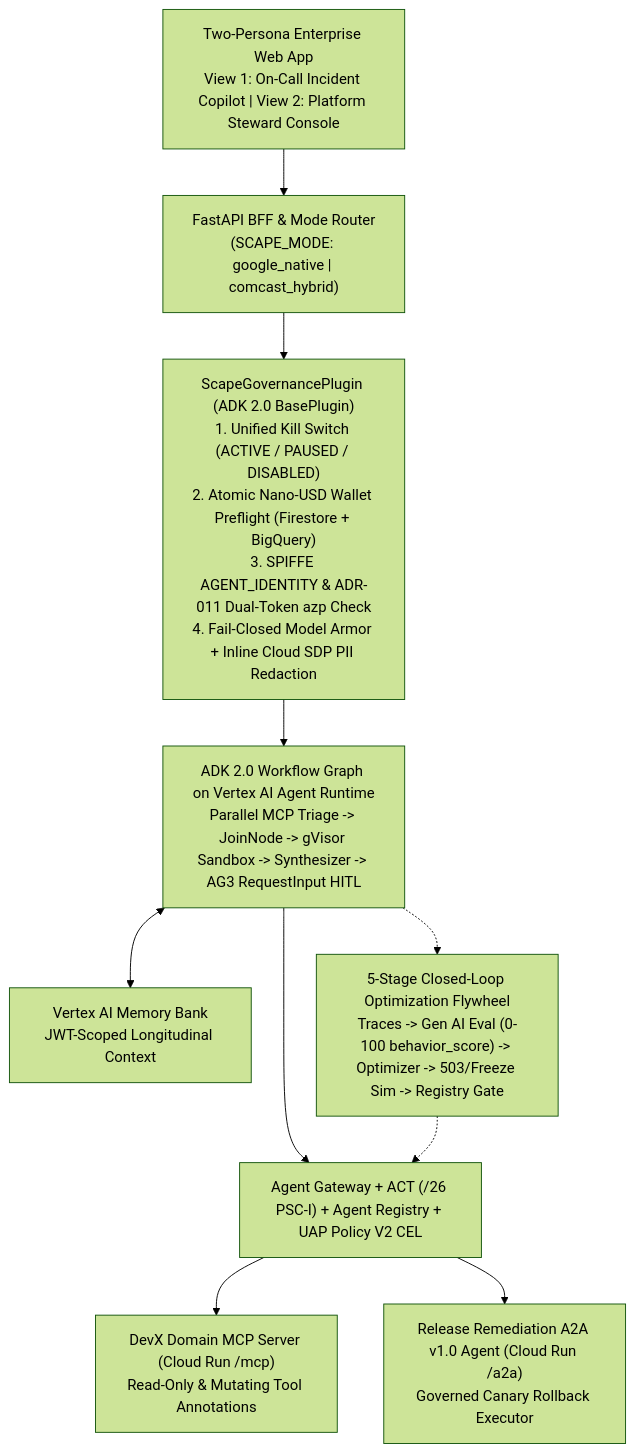
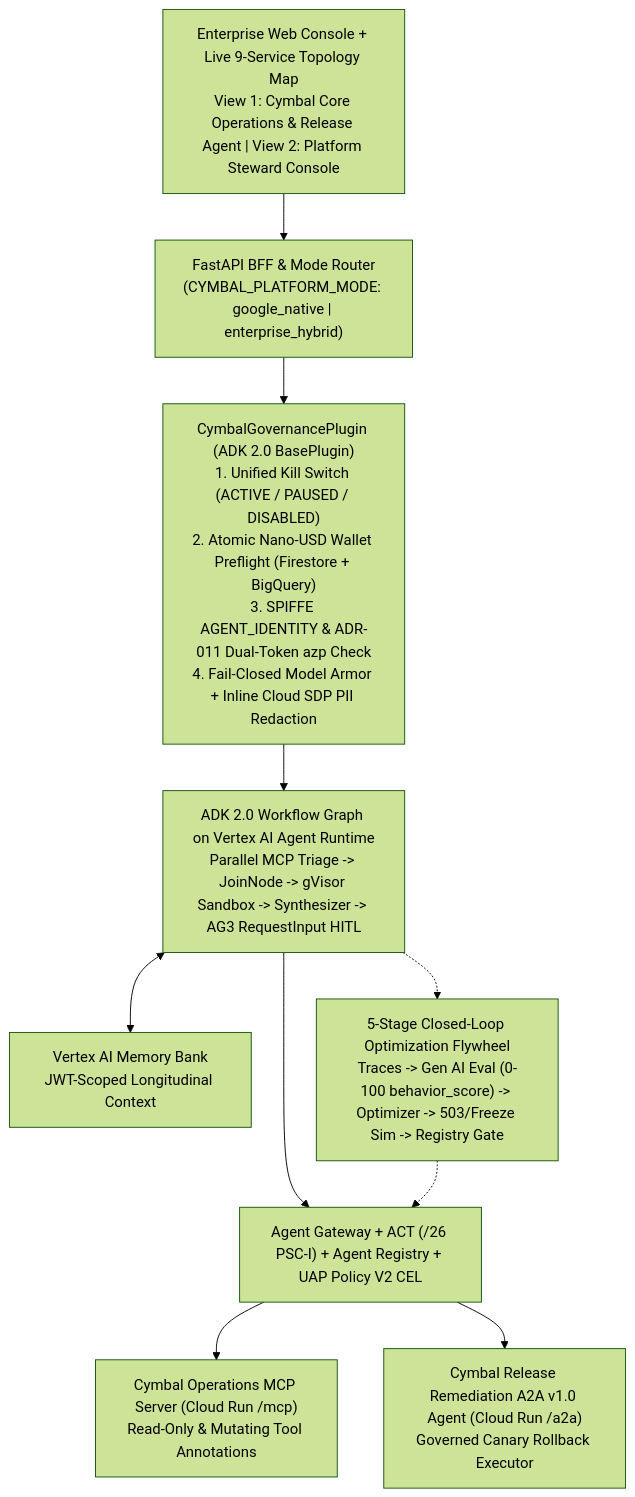
The diagram in README.md (smyelle/agent-governance-demo), drawn with Mermaid (forest theme) before and after one commit. The commit also changed other lines of this file and 48 other files, not shown here.

Commit message:
Genericize to Cymbal Core Operations & Release Agent and add live 9-service Google Agent Platform topology visualization

````diff
--- a/README.md
+++ b/README.md
@@ -13,20 +13,20 @@
 ```mermaid
 flowchart TD
-    UI["Two-Persona Enterprise Web App<br/>View 1: On-Call Incident Copilot | View 2: Platform Steward Console"]
-    BFF["FastAPI BFF & Mode Router<br/>(SCAPE_MODE: google_native | comcast_hybrid)"]
-    PLG["ScapeGovernancePlugin (ADK 2.0 BasePlugin)<br/>1. Unified Kill Switch (ACTIVE / PAUSED / DISABLED)<br/>2. Atomic Nano-USD Wallet Preflight (Firestore + BigQuery)<br/>3. SPIFFE AGENT_IDENTITY & ADR-011 Dual-Token azp Check<br/>4. Fail-Closed Model Armor + Inline Cloud SDP PII Redaction"]
+    UI["Enterprise Web Console + Live 9-Service Topology Map<br/>View 1: Cymbal Core Operations & Release Agent | View 2: Platform Steward Console"]
+    BFF["FastAPI BFF & Mode Router<br/>(CYMBAL_PLATFORM_MODE: google_native | enterprise_hybrid)"]
+    PLG["CymbalGovernancePlugin (ADK 2.0 BasePlugin)<br/>1. Unified Kill Switch (ACTIVE / PAUSED / DISABLED)<br/>2. Atomic Nano-USD Wallet Preflight (Firestore + BigQuery)<br/>3. SPIFFE AGENT_IDENTITY & ADR-011 Dual-Token azp Check<br/>4. Fail-Closed Model Armor + Inline Cloud SDP PII Redaction"]
     WF["ADK 2.0 Workflow Graph on Vertex AI Agent Runtime<br/>Parallel MCP Triage -> JoinNode -> gVisor Sandbox -> Synthesizer -> AG3 RequestInput HITL"]
     AGW["Agent Gateway + ACT (/26 PSC-I) + Agent Registry + UAP Policy V2 CEL"]
-    MCP["DevX Domain MCP Server (Cloud Run /mcp)<br/>Read-Only & Mutating Tool Annotations"]
-    A2A["Release Remediation A2A v1.0 Agent (Cloud Run /a2a)<br/>Governed Canary Rollback Executor"]
+    MCP["Cymbal Operations MCP Server (Cloud Run /mcp)<br/>Read-Only & Mutating Tool Annotations"]
+    A2A["Cymbal Release Remediation A2A v1.0 Agent (Cloud Run /a2a)<br/>Governed Canary Rollback Executor"]
     MEM["Vertex AI Memory Bank<br/>JWT-Scoped Longitudinal Context"]
     FLY["5-Stage Closed-Loop Optimization Flywheel<br/>Traces -> Gen AI Eval (0-100 behavior_score) -> Optimizer -> 503/Freeze Sim -> Registry Gate"]
 
     UI --> BFF --> PLG --> WF
     WF <--> MEM
     WF --> AGW
     AGW --> MCP
     AGW --> A2A
     WF -.-> FLY
     FLY -.-> AGW
 ```
````
